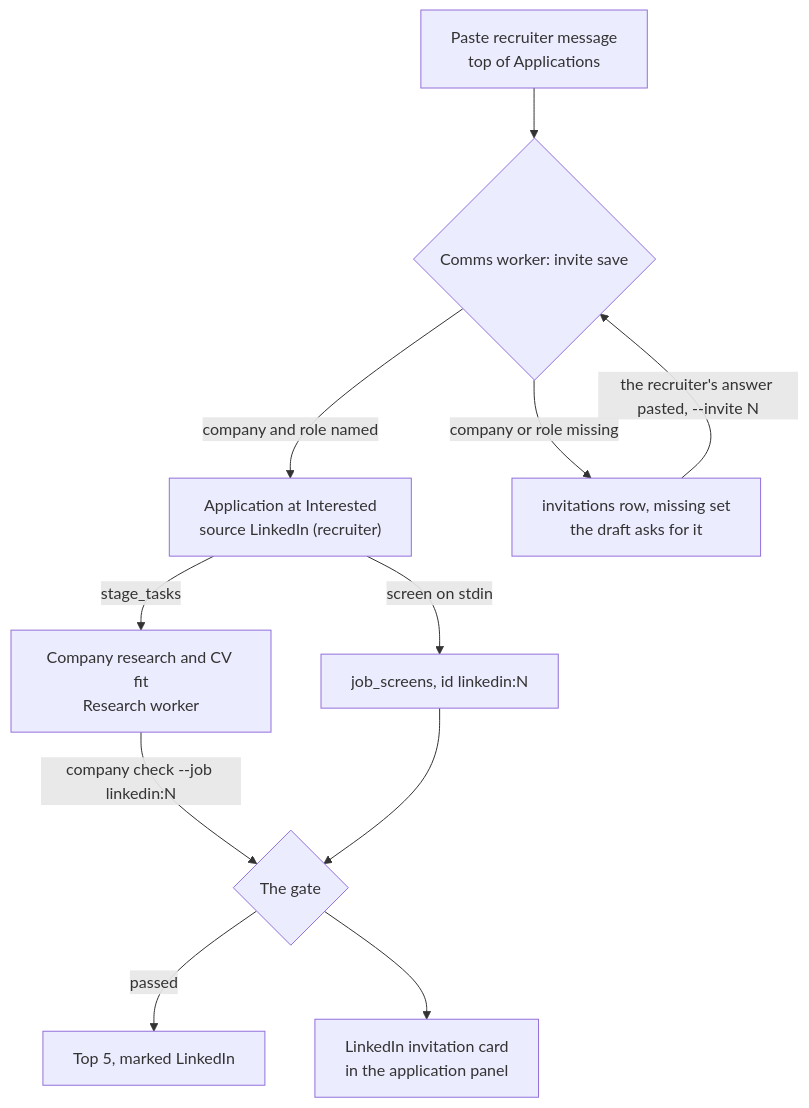
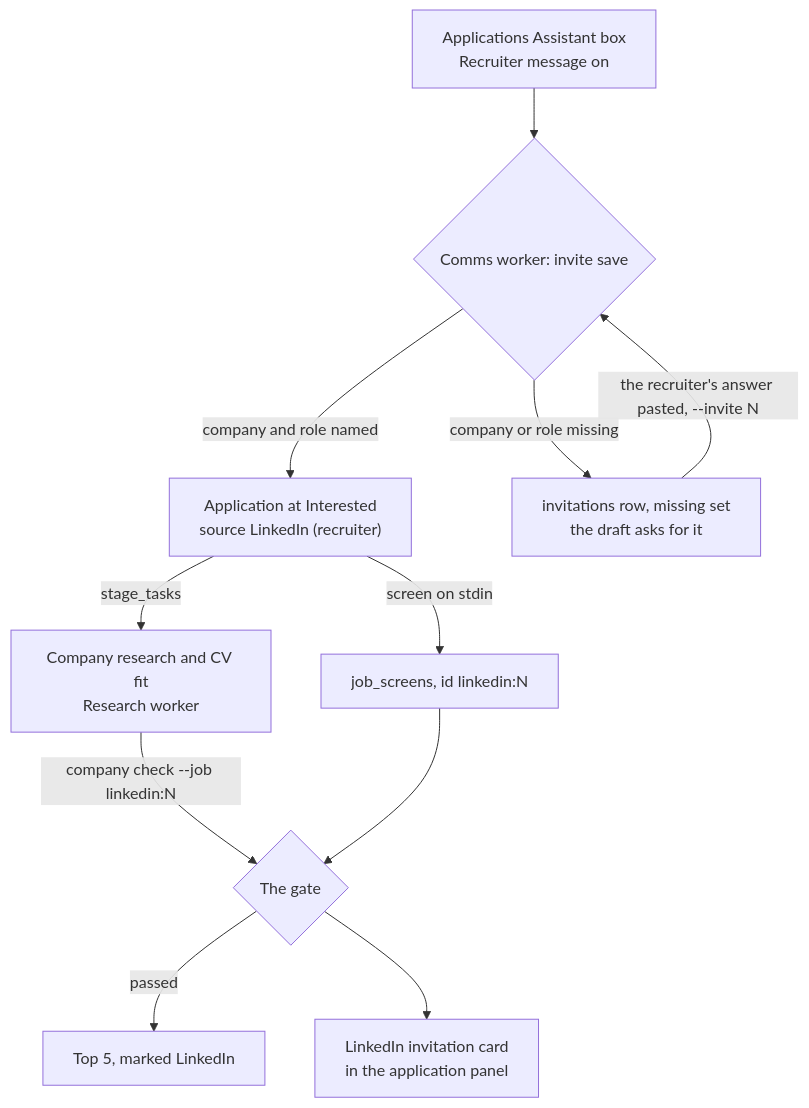
The second of 2 diagrams in docs/reference/search.md (Pavlana/hirey), drawn with Mermaid before and after one commit. The commit also changed other lines of this file and 23 other files, not shown here.

First line of the commit message:
Recruiter messages from the Applications Assistant box; drafts are the reply with Copy (#68)

````diff
--- a/docs/reference/search.md
+++ b/docs/reference/search.md
@@ -191,13 +191,13 @@
 ```mermaid
 flowchart TD
-    paste["Paste recruiter message<br/>top of Applications"] --> read{"Comms worker: invite save"}
+    paste["Applications Assistant box<br/>Recruiter message on"] --> read{"Comms worker: invite save"}
     read -->|"company and role named"| app["Application at Interested<br/>source LinkedIn (recruiter)"]
     read -->|"company or role missing"| wait["invitations row, missing set<br/>the draft asks for it"]
     wait -->|"the recruiter's answer pasted, --invite N"| read
     app -->|"stage_tasks"| work["Company research and CV fit<br/>Research worker"]
     app -->|"screen on stdin"| screen["job_screens, id linkedin:N"]
     work -->|"company check --job linkedin:N"| gate{"The gate"}
     screen --> gate
     gate -->|"passed"| top["Top 5, marked LinkedIn"]
     gate --> card["LinkedIn invitation card<br/>in the application panel"]
 ```
````
